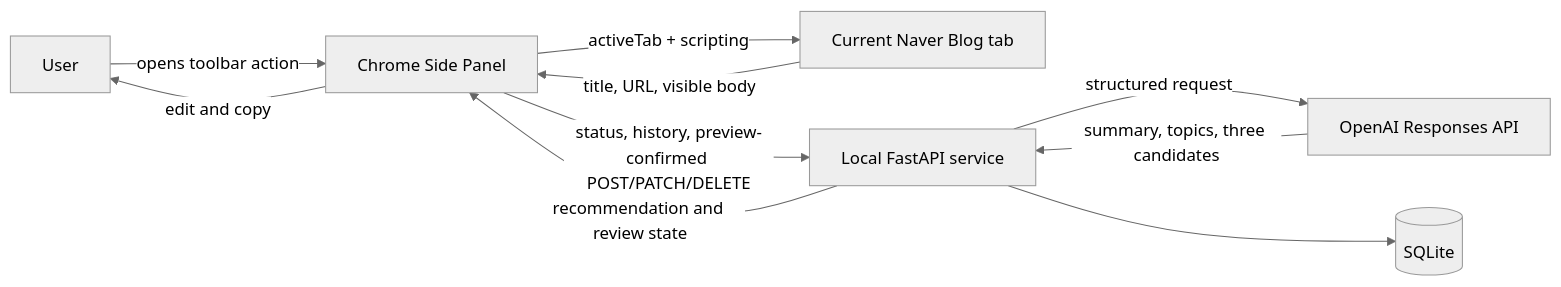
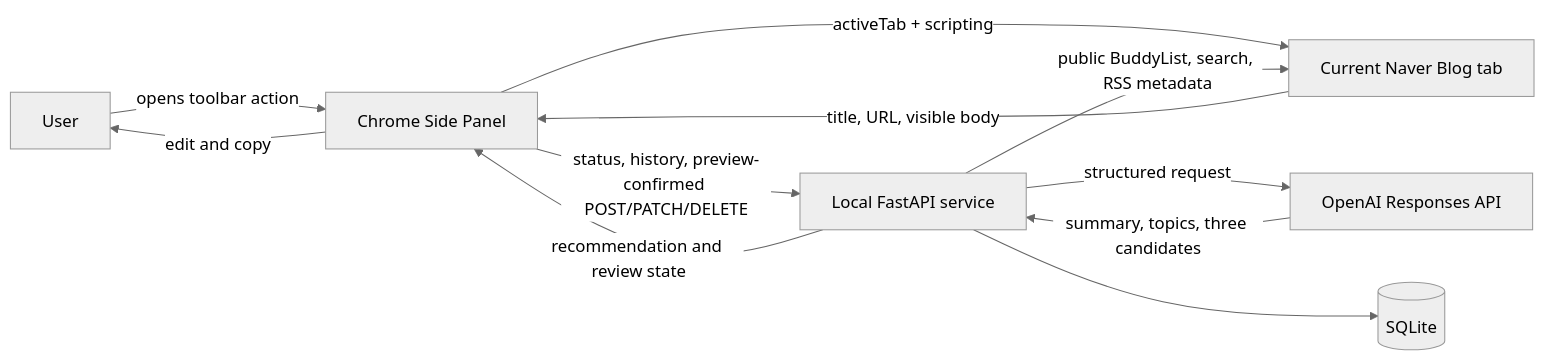
Before and after one commit to jihoon22-lee/NaverBlogAutomation: the diagram in docs/architecture.md, drawn with Mermaid (neutral theme). The commit also changed other lines of this file and 33 other files, not shown here.

````diff
--- a/docs/architecture.md
+++ b/docs/architecture.md
@@ -23,12 +24,13 @@
 ```mermaid
 flowchart LR
     U[User] -->|opens toolbar action| P[Chrome Side Panel]
     P -->|activeTab + scripting| N[Current Naver Blog tab]
     N -->|title, URL, visible body| P
     P -->|status, history, preview-confirmed POST/PATCH/DELETE| A[Local FastAPI service]
+    A -->|public BuddyList, search, RSS metadata| N
     A -->|structured request| O[OpenAI Responses API]
     O -->|summary, topics, three candidates| A
     A --> D[(SQLite)]
     A -->|recommendation and review state| P
     P -->|edit and copy| U
 ```
````
